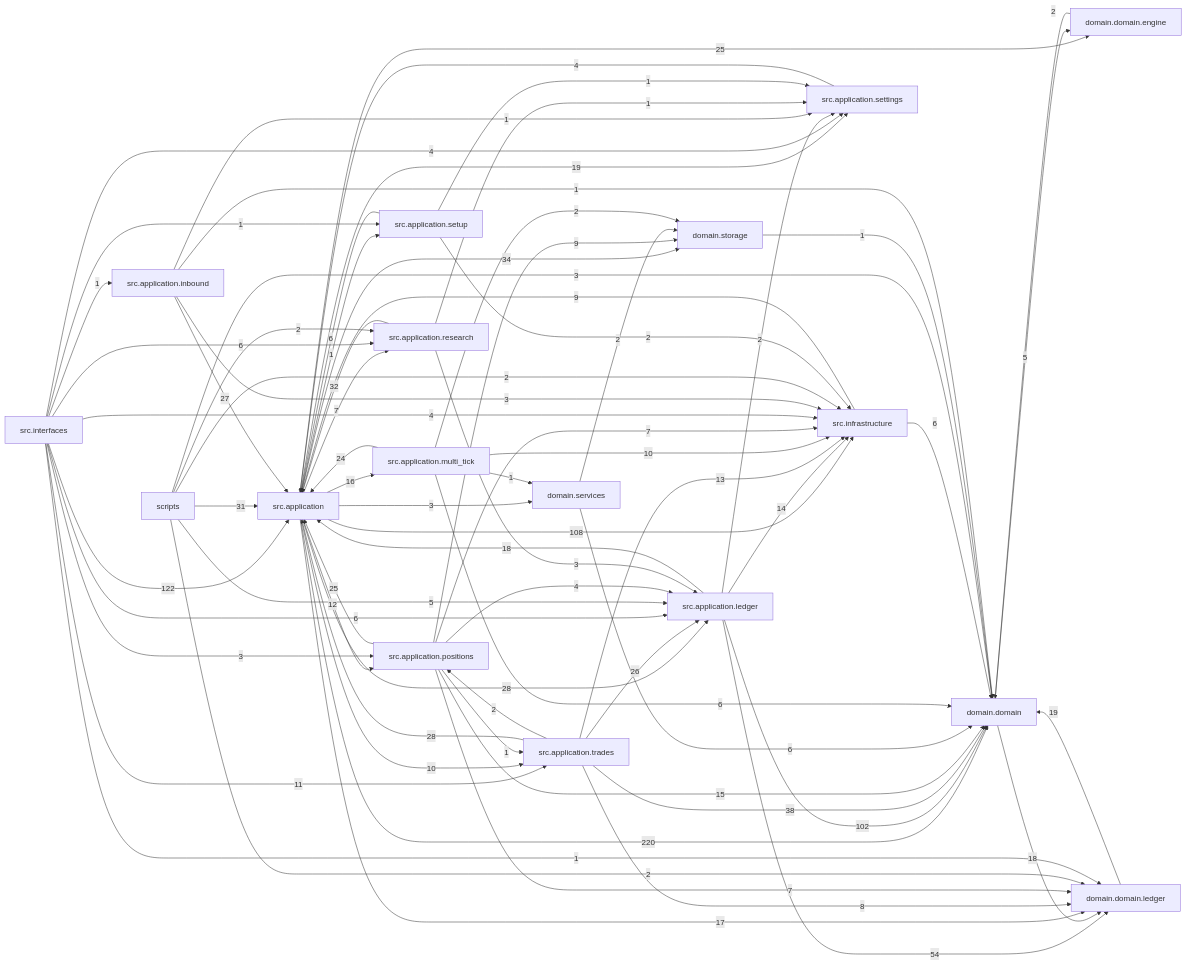
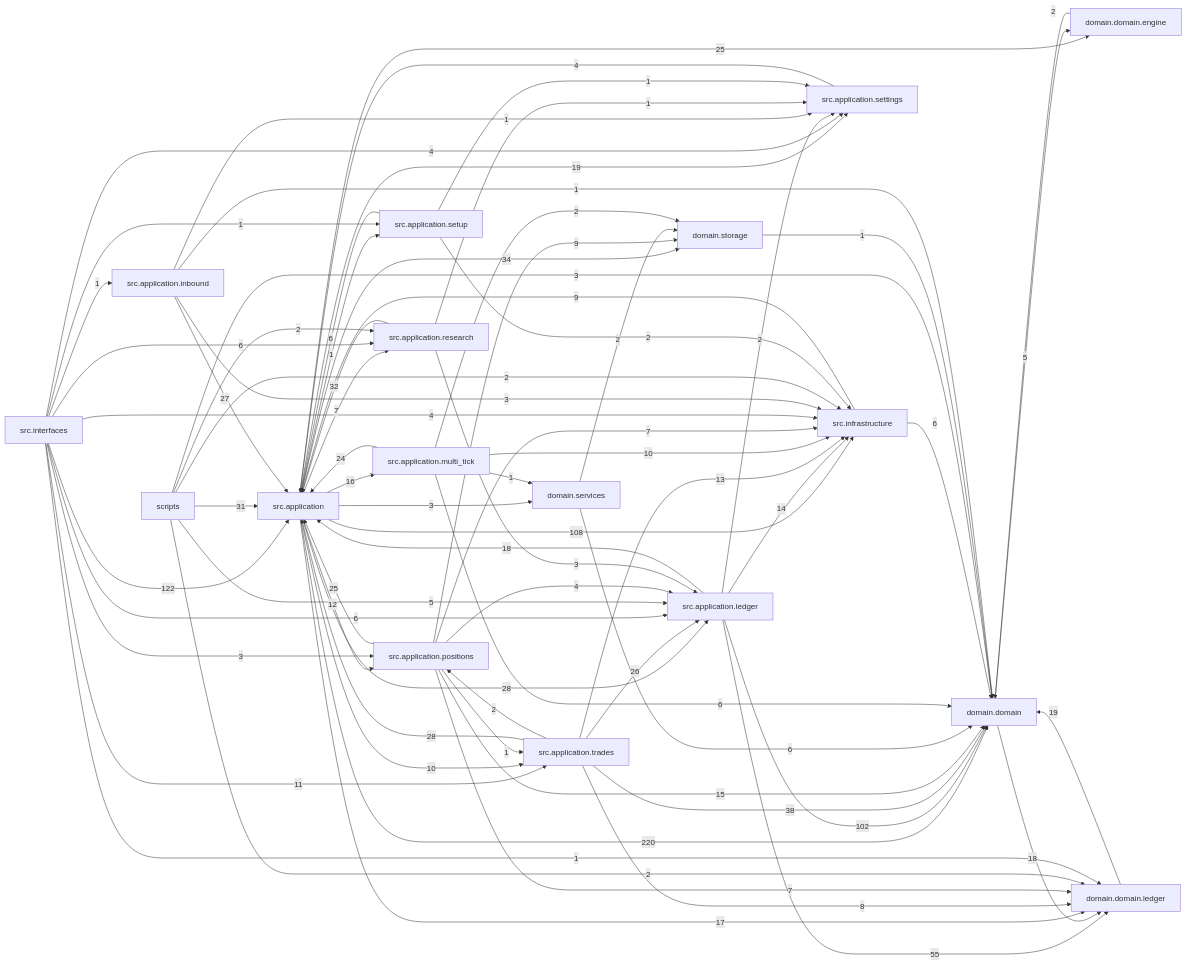
One commit to liuxie066/options-monitor changed the diagram in docs/dependency_graph.mmd. Above: the diagram before and after it, drawn with Mermaid. The commit also changed 24 other files, not shown here.

```diff
--- a/docs/dependency_graph.mmd
+++ b/docs/dependency_graph.mmd
@@ -1,73 +1,73 @@
 flowchart LR
   src_application["src.application"] -->|220| domain_domain["domain.domain"]
   src_interfaces["src.interfaces"] -->|122| src_application["src.application"]
   src_application["src.application"] -->|108| src_infrastructure["src.infrastructure"]
   src_application_ledger["src.application.ledger"] -->|102| domain_domain["domain.domain"]
-  src_application_ledger["src.application.ledger"] -->|54| domain_domain_ledger["domain.domain.ledger"]
+  src_application_ledger["src.application.ledger"] -->|55| domain_domain_ledger["domain.domain.ledger"]
   src_application_trades["src.application.trades"] -->|38| domain_domain["domain.domain"]
   src_application["src.application"] -->|34| domain_storage["domain.storage"]
   src_application_research["src.application.research"] -->|32| src_application["src.application"]
   scripts["scripts"] -->|31| src_application["src.application"]
   src_application["src.application"] -->|28| src_application_ledger["src.application.ledger"]
   src_application_trades["src.application.trades"] -->|28| src_application["src.application"]
   src_application_inbound["src.application.inbound"] -->|27| src_application["src.application"]
   src_application_trades["src.application.trades"] -->|26| src_application_ledger["src.application.ledger"]
   src_application["src.application"] -->|25| domain_domain_engine["domain.domain.engine"]
   src_application_positions["src.application.positions"] -->|25| src_application["src.application"]
   src_application_multi_tick["src.application.multi_tick"] -->|24| src_application["src.application"]
   domain_domain_ledger["domain.domain.ledger"] -->|19| domain_domain["domain.domain"]
   src_application["src.application"] -->|19| src_application_settings["src.application.settings"]
   domain_domain["domain.domain"] -->|18| domain_domain_ledger["domain.domain.ledger"]
   src_application_ledger["src.application.ledger"] -->|18| src_application["src.application"]
   src_application["src.application"] -->|17| domain_domain_ledger["domain.domain.ledger"]
   src_application["src.application"] -->|16| src_application_multi_tick["src.application.multi_tick"]
   src_application_positions["src.application.positions"] -->|15| domain_domain["domain.domain"]
   src_application_ledger["src.application.ledger"] -->|14| src_infrastructure["src.infrastructure"]
   src_application_trades["src.application.trades"] -->|13| src_infrastructure["src.infrastructure"]
   src_application["src.application"] -->|12| src_application_positions["src.application.positions"]
   src_interfaces["src.interfaces"] -->|11| src_application_trades["src.application.trades"]
   src_application["src.application"] -->|10| src_application_trades["src.application.trades"]
   src_application_multi_tick["src.application.multi_tick"] -->|10| src_infrastructure["src.infrastructure"]
   src_application_positions["src.application.positions"] -->|9| domain_storage["domain.storage"]
   src_infrastructure["src.infrastructure"] -->|9| src_application["src.application"]
   src_application_trades["src.application.trades"] -->|8| domain_domain_ledger["domain.domain.ledger"]
   src_application["src.application"] -->|7| src_application_research["src.application.research"]
   src_application_positions["src.application.positions"] -->|7| domain_domain_ledger["domain.domain.ledger"]
   src_application_positions["src.application.positions"] -->|7| src_infrastructure["src.infrastructure"]
   domain_services["domain.services"] -->|6| domain_domain["domain.domain"]
   src_application_multi_tick["src.application.multi_tick"] -->|6| domain_domain["domain.domain"]
   src_application_setup["src.application.setup"] -->|6| src_application["src.application"]
   src_infrastructure["src.infrastructure"] -->|6| domain_domain["domain.domain"]
   src_interfaces["src.interfaces"] -->|6| src_application_ledger["src.application.ledger"]
   src_interfaces["src.interfaces"] -->|6| src_application_research["src.application.research"]
   domain_domain["domain.domain"] -->|5| domain_domain_engine["domain.domain.engine"]
   scripts["scripts"] -->|5| src_application_ledger["src.application.ledger"]
   src_application_positions["src.application.positions"] -->|4| src_application_ledger["src.application.ledger"]
   src_application_settings["src.application.settings"] -->|4| src_application["src.application"]
   src_interfaces["src.interfaces"] -->|4| src_application_settings["src.application.settings"]
   src_interfaces["src.interfaces"] -->|4| src_infrastructure["src.infrastructure"]
   scripts["scripts"] -->|3| domain_domain["domain.domain"]
   src_application["src.application"] -->|3| domain_services["domain.services"]
   src_application_inbound["src.application.inbound"] -->|3| src_infrastructure["src.infrastructure"]
   src_application_research["src.application.research"] -->|3| src_application_ledger["src.application.ledger"]
   src_interfaces["src.interfaces"] -->|3| src_application_positions["src.application.positions"]
   domain_domain_engine["domain.domain.engine"] -->|2| domain_domain["domain.domain"]
   domain_services["domain.services"] -->|2| domain_storage["domain.storage"]
   scripts["scripts"] -->|2| domain_domain_ledger["domain.domain.ledger"]
   scripts["scripts"] -->|2| src_application_research["src.application.research"]
   scripts["scripts"] -->|2| src_infrastructure["src.infrastructure"]
   src_application_ledger["src.application.ledger"] -->|2| src_application_settings["src.application.settings"]
   src_application_multi_tick["src.application.multi_tick"] -->|2| domain_storage["domain.storage"]
   src_application_setup["src.application.setup"] -->|2| src_infrastructure["src.infrastructure"]
   src_application_trades["src.application.trades"] -->|2| src_application_positions["src.application.positions"]
   domain_storage["domain.storage"] -->|1| domain_domain["domain.domain"]
   src_application["src.application"] -->|1| src_application_setup["src.application.setup"]
   src_application_inbound["src.application.inbound"] -->|1| domain_domain["domain.domain"]
   src_application_inbound["src.application.inbound"] -->|1| src_application_settings["src.application.settings"]
   src_application_multi_tick["src.application.multi_tick"] -->|1| domain_services["domain.services"]
   src_application_positions["src.application.positions"] -->|1| src_application_trades["src.application.trades"]
   src_application_research["src.application.research"] -->|1| src_application_settings["src.application.settings"]
   src_application_setup["src.application.setup"] -->|1| src_application_settings["src.application.settings"]
   src_interfaces["src.interfaces"] -->|1| domain_domain_ledger["domain.domain.ledger"]
   src_interfaces["src.interfaces"] -->|1| src_application_inbound["src.application.inbound"]
   src_interfaces["src.interfaces"] -->|1| src_application_setup["src.application.setup"]
```
